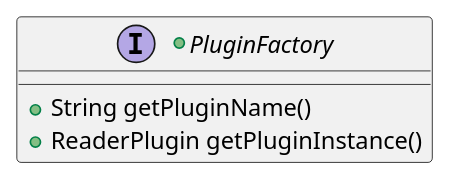
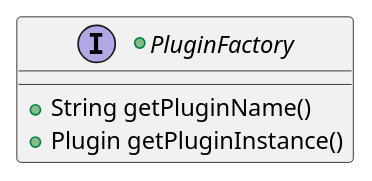
Before and after one commit to calypsonet/keyple: the first of 11 diagrams in src/KeypleCoreApi/puml/KeypleCore_Plugin_ClassDiag_ClassElements.iuml, drawn with PlantUML. The commit also changed other lines of this file and 34 other files, not shown here.

```diff
--- a/src/KeypleCoreApi/puml/KeypleCore_Plugin_ClassDiag_ClassElements.iuml
+++ b/src/KeypleCoreApi/puml/KeypleCore_Plugin_ClassDiag_ClassElements.iuml
@@ -14,6 +14,6 @@
 @startuml(id=PLUGIN_FACTORY_1_0_0)
 +interface PluginFactory {
   +String getPluginName()
-  +ReaderPlugin getPluginInstance()
+  +Plugin getPluginInstance()
 }
 @enduml
```
